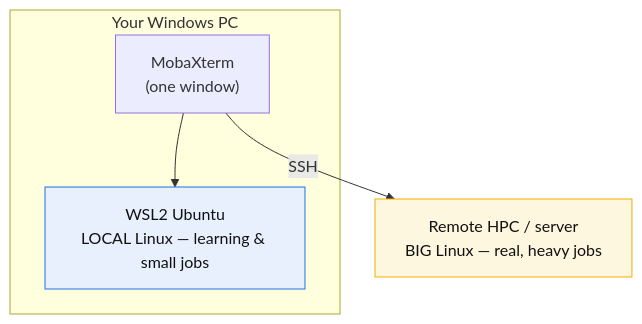
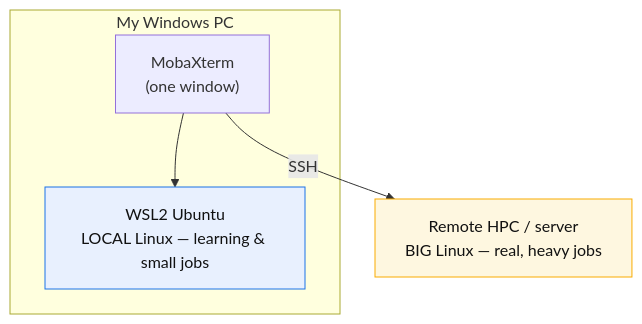
Before and after one commit to nazninshuktara/Bioinformatics-Mentorship-Program: the third of 5 diagrams in 01_foundations/day_1/learning_guide.md, drawn with Mermaid. The commit also changed other lines of this file, not shown here.

````diff
--- a/01_foundations/day_1/learning_guide.md
+++ b/01_foundations/day_1/learning_guide.md
@@ -145,12 +128,12 @@
 ```mermaid
 flowchart TB
-    subgraph PC["Your Windows PC"]
+    subgraph PC["My Windows PC"]
         M["MobaXterm<br/>(one window)"]
         M --> L["WSL2 Ubuntu<br/>LOCAL Linux — learning &amp; small jobs"]
     end
     M -->|SSH| R["Remote HPC / server<br/>BIG Linux — real, heavy jobs"]
     classDef local fill:#e8f0fe,stroke:#1a73e8,color:#111;
     classDef remote fill:#fef7e0,stroke:#f9ab00,color:#111;
     class L local
     class R remote
 ```
````
